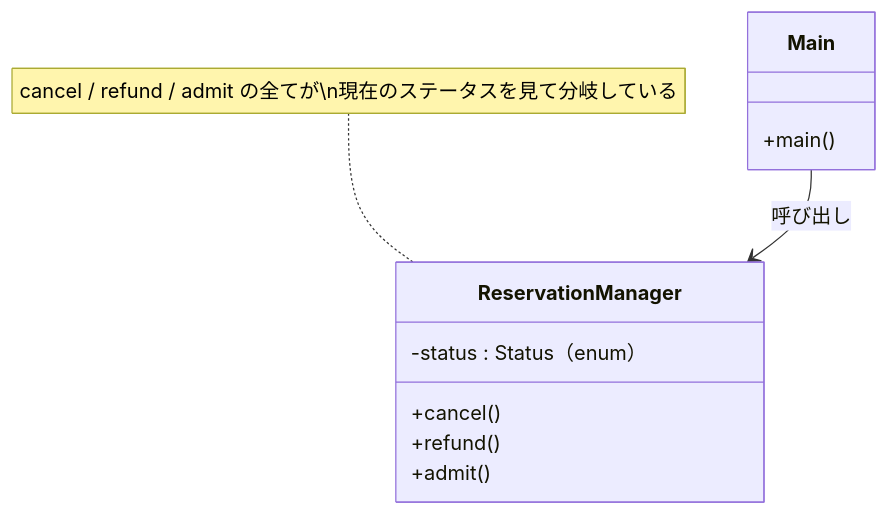
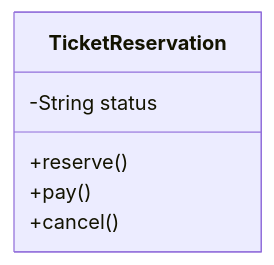
One commit to kumachan1101-pixel/DesignPattern changed the first of 7 diagrams in kindle/design-patterns/output/chapter03.md. Above: the diagram before and after it, drawn with Mermaid. The commit also changed other lines of this file and 11 other files, not shown here.

````diff
--- a/kindle/design-patterns/output/chapter03.md
+++ b/kindle/design-patterns/output/chapter03.md
@@ -59,16 +46,10 @@
 ```mermaid
 classDiagram
-    class Main {
-        +main()
-    }
-    class ReservationManager {
-        -status : Status（enum）
+    class TicketReservation {
+        -String status
+        +reserve()
+        +pay()
         +cancel()
-        +refund()
-        +admit()
     }
 
-    Main --> ReservationManager : 呼び出し
-
-    note for ReservationManager "cancel / refund / admit の全てが\n現在のステータスを見て分岐している"
 ```
````
